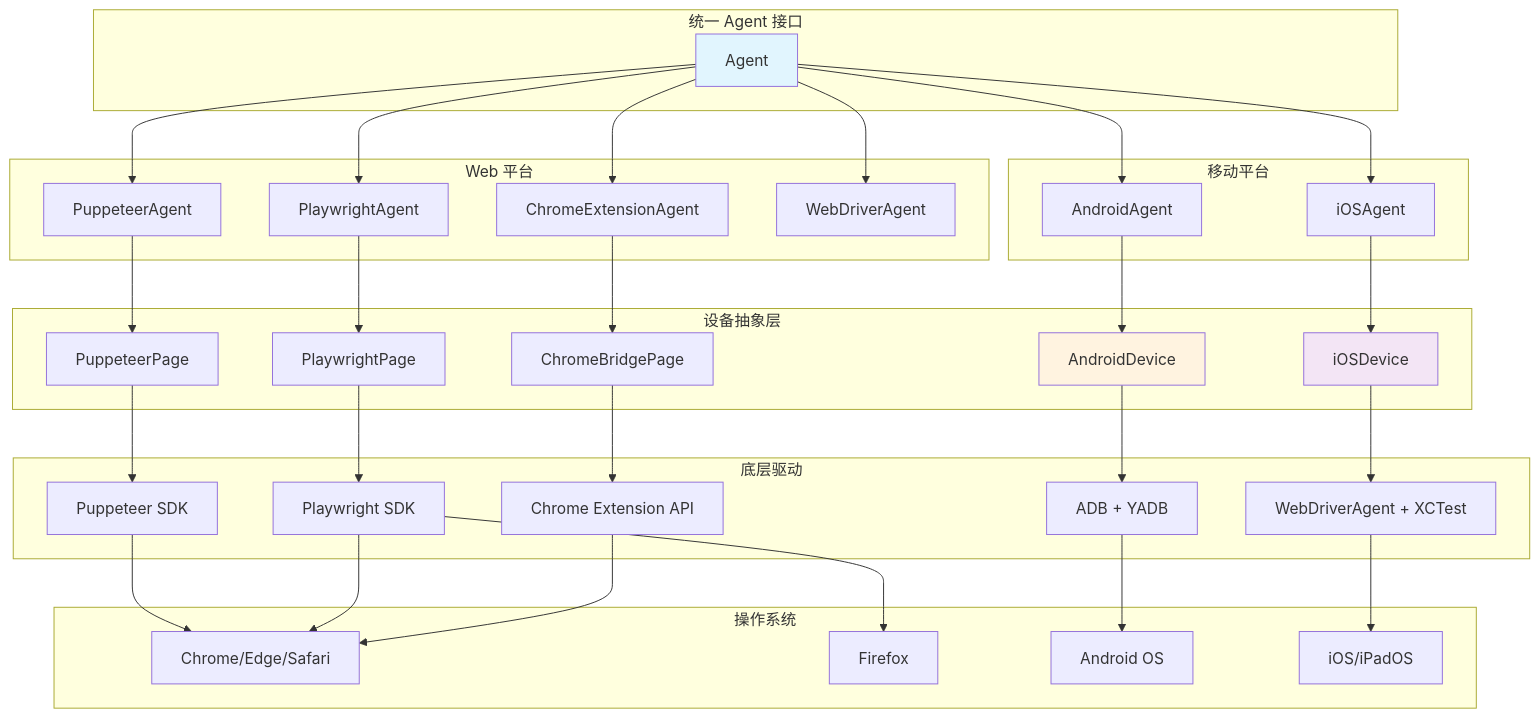
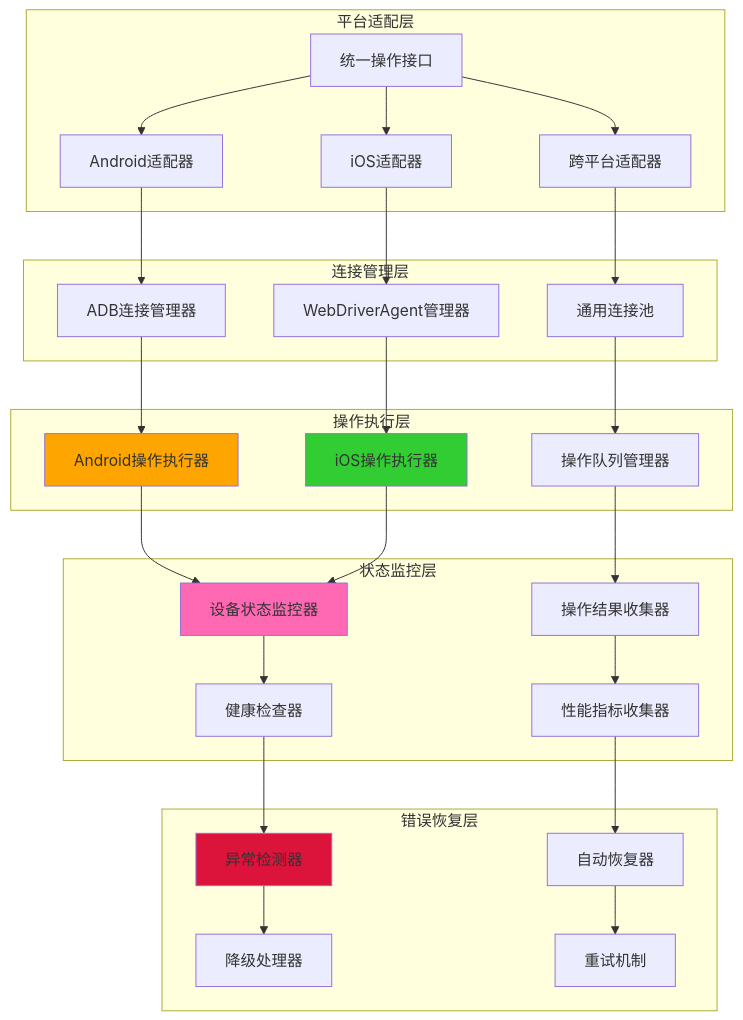
Before and after one commit to zhuozp/AI-UI-: the ninth of 31 diagrams in README.md, drawn with Mermaid. The commit also changed other lines of this file, not shown here.

````diff
--- a/README.md
+++ b/README.md
@@ -348,71 +1369,40 @@
 ```mermaid
 graph TB
-    subgraph "统一 Agent 接口"
-        UA[Agent<AbstractInterface>]
+    subgraph "平台适配层"
+        A[统一操作接口] --> B[Android适配器]
+        A --> C[iOS适配器]
+        A --> D[跨平台适配器]
     end
     
-    subgraph "Web 平台"
-        W1[PuppeteerAgent]
-        W2[PlaywrightAgent] 
-        W3[ChromeExtensionAgent]
-        W4[WebDriverAgent]
+    subgraph "连接管理层"
+        B --> E[ADB连接管理器]
+        C --> F[WebDriverAgent管理器]
+        D --> G[通用连接池]
     end
     
-    subgraph "移动平台"
-        M1[AndroidAgent]
-        M2[iOSAgent]
+    subgraph "操作执行层"
+        E --> H[Android操作执行器]
+        F --> I[iOS操作执行器]
+        G --> J[操作队列管理器]
     end
     
-    subgraph "设备抽象层"
-        D1[PuppeteerPage]
-        D2[PlaywrightPage]
-        D3[ChromeBridgePage]
-        D4[AndroidDevice]
-        D5[iOSDevice]
+    subgraph "状态监控层"
+        H --> K[设备状态监控器]
+        I --> K
+        J --> L[操作结果收集器]
+        K --> M[健康检查器]
+        L --> N[性能指标收集器]
     end
     
-    subgraph "底层驱动"
-        L1[Puppeteer SDK]
-        L2[Playwright SDK]
-        L3[Chrome Extension API]
-        L4[ADB + YADB]
-        L5[WebDriverAgent + XCTest]
+    subgraph "错误恢复层"
+        M --> O[异常检测器]
+        N --> P[自动恢复器]
+        O --> Q[降级处理器]
+        P --> R[重试机制]
     end
     
-    subgraph "操作系统"
-        O1[Chrome/Edge/Safari]
-        O2[Firefox]
-        O3[Android OS]
-        O4[iOS/iPadOS]
-    end
-    
-    UA --> W1
-    UA --> W2  
-    UA --> W3
-    UA --> W4
-    UA --> M1
-    UA --> M2
-    
-    W1 --> D1
-    W2 --> D2
-    W3 --> D3
-    M1 --> D4
-    M2 --> D5
-    
-    D1 --> L1
-    D2 --> L2
-    D3 --> L3
-    D4 --> L4
-    D5 --> L5
-    
-    L1 --> O1
-    L2 --> O1
-    L2 --> O2
-    L3 --> O1
-    L4 --> O3
-    L5 --> O4
-    
-    style UA fill:#e1f5fe
-    style D4 fill:#fff3e0
-    style D5 fill:#f3e5f5
+    style H fill:#ffa500
+    style I fill:#32cd32
+    style K fill:#ff69b4
+    style O fill:#dc143c
 ```
````
